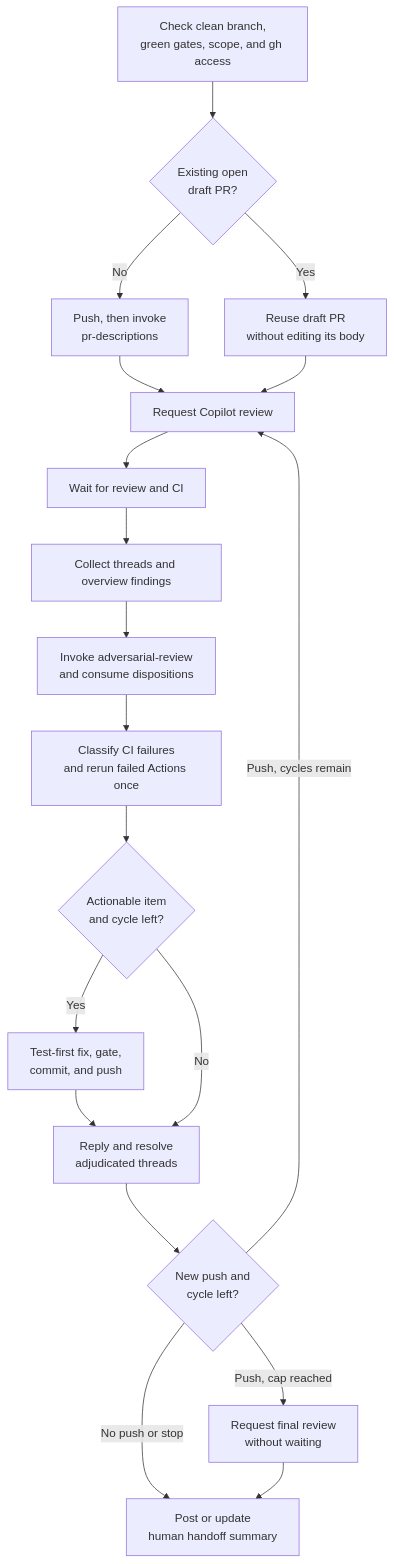
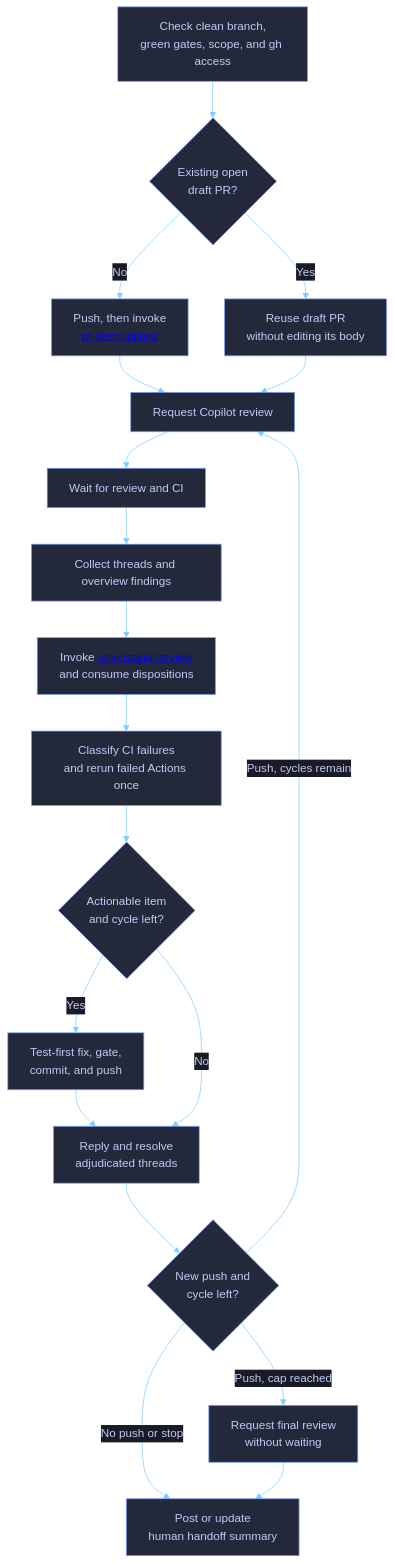
One commit to dvo-dev/copilot-guidance changed the diagram in docs/skill-workflows/copilot-review-loop.md. Above: the diagram before and after it, drawn with Mermaid. The commit also changed 10 other files, not shown here.

Commit message:
Theme workflow diagrams and fix skill links

````diff
--- a/docs/skill-workflows/copilot-review-loop.md
+++ b/docs/skill-workflows/copilot-review-loop.md
@@ -14,24 +14,23 @@
 ```mermaid
+%%{init: {"theme":"base","themeVariables":{"background":"#1a1b26","primaryColor":"#24283b","primaryTextColor":"#c0caf5","primaryBorderColor":"#7aa2f7","secondaryColor":"#1f2335","secondaryTextColor":"#c0caf5","secondaryBorderColor":"#bb9af7","tertiaryColor":"#16161e","tertiaryTextColor":"#c0caf5","tertiaryBorderColor":"#7dcfff","lineColor":"#7dcfff","textColor":"#c0caf5","mainBkg":"#24283b","nodeBorder":"#7aa2f7","clusterBkg":"#16161e","clusterBorder":"#565f89","defaultLinkColor":"#7dcfff","edgeLabelBackground":"#1a1b26","titleColor":"#bb9af7","fontFamily":"ui-monospace, SFMono-Regular, Menlo, Monaco, Consolas, Liberation Mono, monospace"},"flowchart":{"curve":"basis","htmlLabels":true}}}%%
 flowchart TD
     A["Check clean branch,<br/>green gates, scope, and gh access"] --> B{"Existing open<br/>draft PR?"}
-    B -->|No| C["Push, then invoke<br/>pr-descriptions"]
+    B -->|No| C["Push, then invoke<br/><a href='pr-descriptions.md'>pr-descriptions</a>"]
     B -->|Yes| D["Reuse draft PR<br/>without editing its body"]
     C --> E["Request Copilot review"]
     D --> E
     E --> F["Wait for review and CI"]
     F --> G["Collect threads and overview findings"]
-    G --> H["Invoke adversarial-review<br/>and consume dispositions"]
+    G --> H["Invoke <a href='adversarial-review.md'>adversarial-review</a><br/>and consume dispositions"]
     H --> I["Classify CI failures<br/>and rerun failed Actions once"]
     I --> J{"Actionable item<br/>and cycle left?"}
     J -->|Yes| K["Test-first fix, gate,<br/>commit, and push"]
     K --> L["Reply and resolve<br/>adjudicated threads"]
     J -->|No| L
     L --> M{"New push and<br/>cycle left?"}
     M -->|No push or stop| N["Post or update<br/>human handoff summary"]
     M -->|Push, cycles remain| E
     M -->|Push, cap reached| O["Request final review<br/>without waiting"]
     O --> N
 
-    click C href "pr-descriptions.md" "Open the pr-descriptions workflow"
-    click H href "adversarial-review.md" "Open the adversarial-review workflow"
 ```
````
